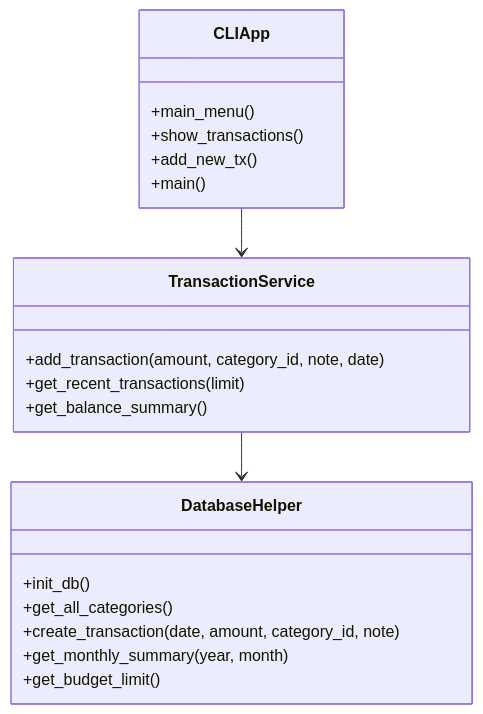
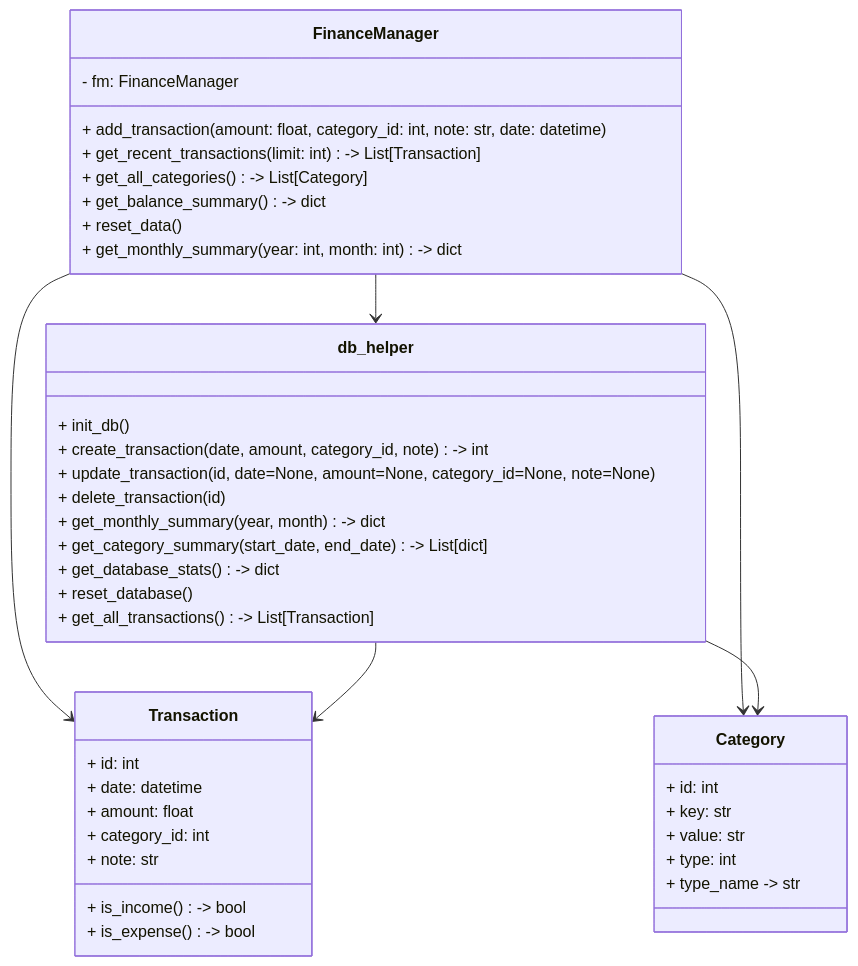
Before and after one commit to pKhai3107/MoneyManager: the first of 2 diagrams in BAO_CAO_CUOI_KY.md, drawn with Mermaid. The commit also changed other lines of this file and 8 other files, not shown here.

Commit message:
Update MoneyManager: modify app.py, templates, transaction.py, and add favicon

````diff
--- a/BAO_CAO_CUOI_KY.md
+++ b/BAO_CAO_CUOI_KY.md
@@ -101,26 +106,48 @@
 ```mermaid
 classDiagram
-  class CLIApp {
-    +main_menu()
-    +show_transactions()
-    +add_new_tx()
-    +main()
-  }
-
-  class TransactionService {
-    +add_transaction(amount, category_id, note, date)
-    +get_recent_transactions(limit)
-    +get_balance_summary()
-  }
-
-  class DatabaseHelper {
-    +init_db()
-    +get_all_categories()
-    +create_transaction(date, amount, category_id, note)
-    +get_monthly_summary(year, month)
-    +get_budget_limit()
-  }
-
-  CLIApp --> TransactionService
-  TransactionService --> DatabaseHelper
+    class FinanceManager {
+        - fm: FinanceManager
+        + add_transaction(amount: float, category_id: int, note: str, date: datetime)
+        + get_recent_transactions(limit: int) -> List[Transaction]
+        + get_all_categories() -> List[Category]
+        + get_balance_summary() -> dict
+        + reset_data()
+        + get_monthly_summary(year: int, month: int) -> dict
+    }
+    
+    class Transaction {
+        + id: int
+        + date: datetime
+        + amount: float
+        + category_id: int
+        + note: str
+        + is_income() -> bool
+        + is_expense() -> bool
+    }
+    
+    class Category {
+        + id: int
+        + key: str
+        + value: str
+        + type: int
+        + type_name -> str
+    }
+    
+    class db_helper {
+        + init_db()
+        + create_transaction(date, amount, category_id, note) -> int
+        + update_transaction(id, date=None, amount=None, category_id=None, note=None)
+        + delete_transaction(id)
+        + get_monthly_summary(year, month) -> dict
+        + get_category_summary(start_date, end_date) -> List[dict]
+        + get_database_stats() -> dict
+        + reset_database()
+        + get_all_transactions() -> List[Transaction]
+    }
+    
+    FinanceManager --> Transaction
+    FinanceManager --> Category
+    FinanceManager --> db_helper
+    db_helper --> Transaction
+    db_helper --> Category
 ```
````
